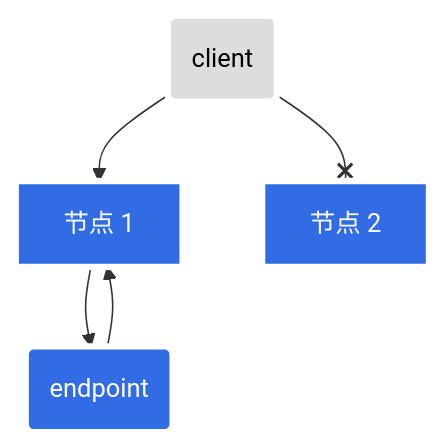
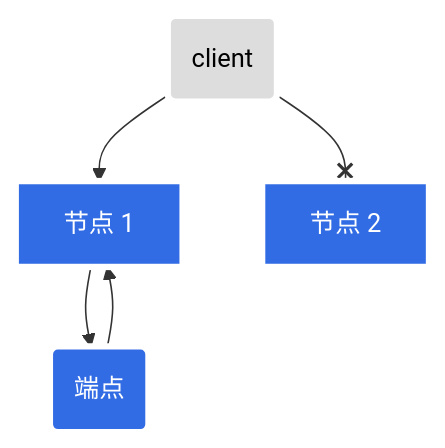
Before and after one commit to kubernetes/website: the second of 2 diagrams in content/zh/docs/tutorials/services/source-ip.md, drawn with Mermaid. The commit also changed other lines of this file, not shown here.

```diff
--- a/content/zh/docs/tutorials/services/source-ip.md
+++ b/content/zh/docs/tutorials/services/source-ip.md
@@ -249,12 +249,12 @@
 {{< mermaid >}}
 graph TD;
   client --> node1[节点 1];
   client(client) --x node2[节点 2];
-  node1 --> endpoint(endpoint);
+  node1 --> endpoint(端点);
   endpoint --> node1;
 
   classDef plain fill:#ddd,stroke:#fff,stroke-width:4px,color:#000;
   classDef k8s fill:#326ce5,stroke:#fff,stroke-width:4px,color:#fff;
   class node1,node2,endpoint k8s;
   class client plain;
 {{</ mermaid >}}
```
